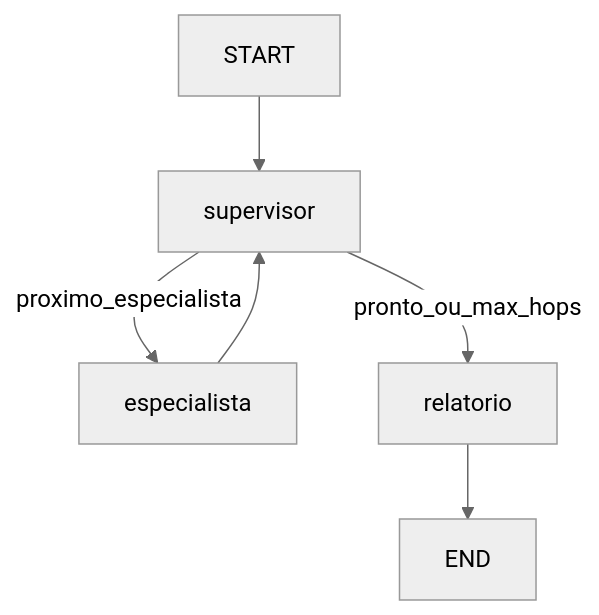
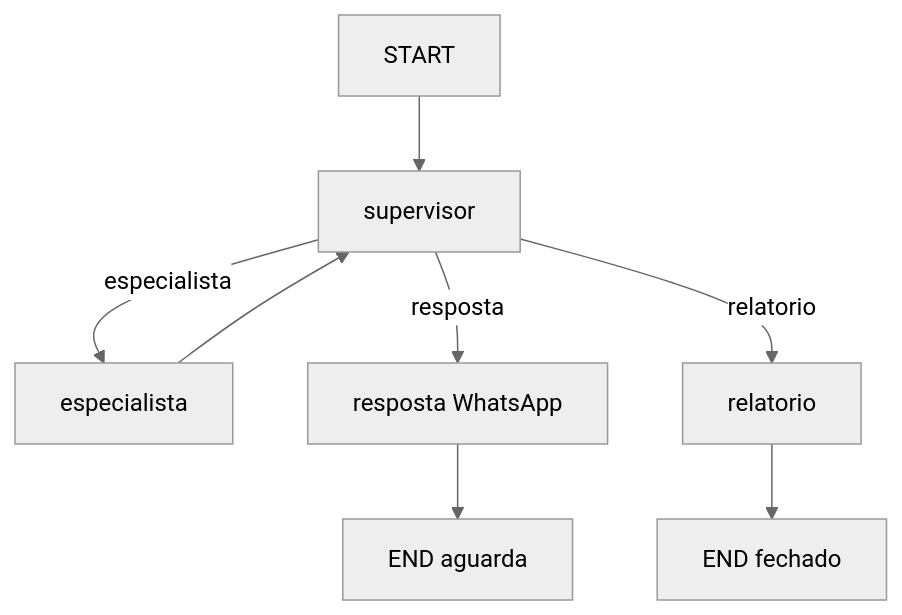
Before and after one commit to kurybr/unipds-grupo-de-estudos: the diagram in desafios/triagem-de-suporte/README.md, drawn with Mermaid (neutral theme). The commit also changed other lines of this file and 15 other files, not shown here.

````diff
--- a/desafios/triagem-de-suporte/README.md
+++ b/desafios/triagem-de-suporte/README.md
@@ -50,8 +68,10 @@
 ```mermaid
 flowchart TD
   startNode[START] --> supervisor[supervisor]
-  supervisor -->|proximo_especialista| esp[especialista]
-  supervisor -->|pronto_ou_max_hops| report[relatorio]
+  supervisor -->|especialista| esp[especialista]
+  supervisor -->|resposta| resposta[resposta WhatsApp]
+  supervisor -->|relatorio| report[relatorio]
   esp --> supervisor
-  report --> endNode[END]
+  resposta --> endWait[END aguarda]
+  report --> endClose[END fechado]
 ```
````
